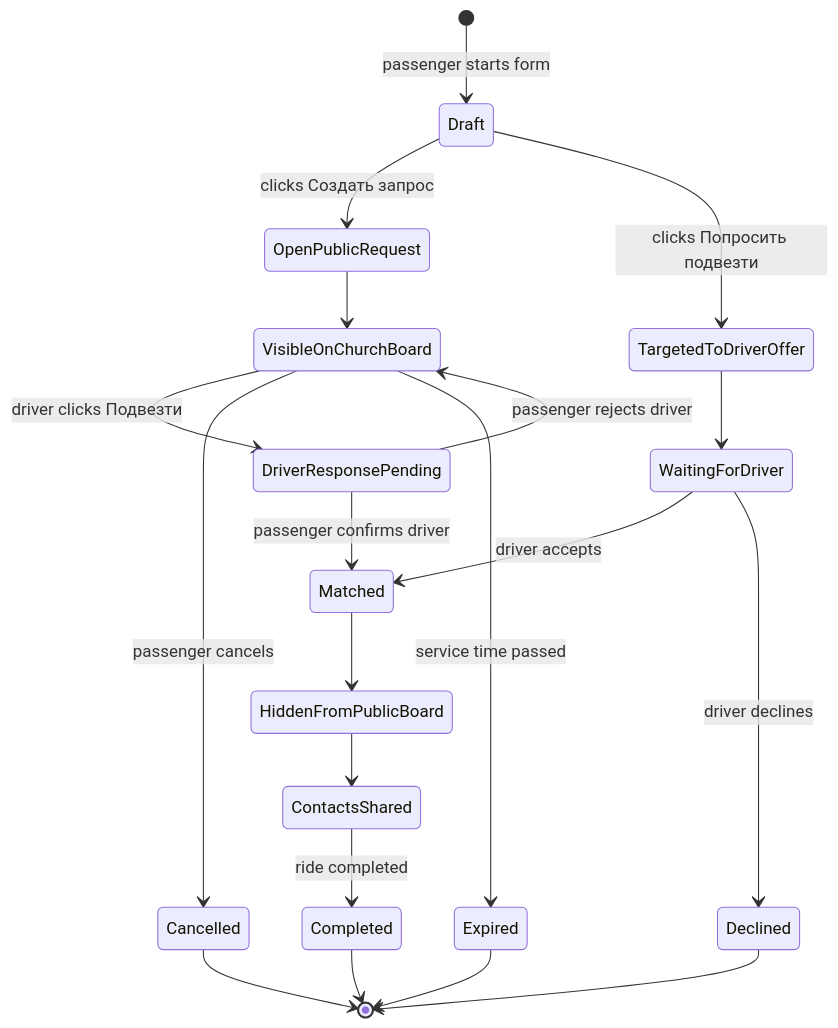
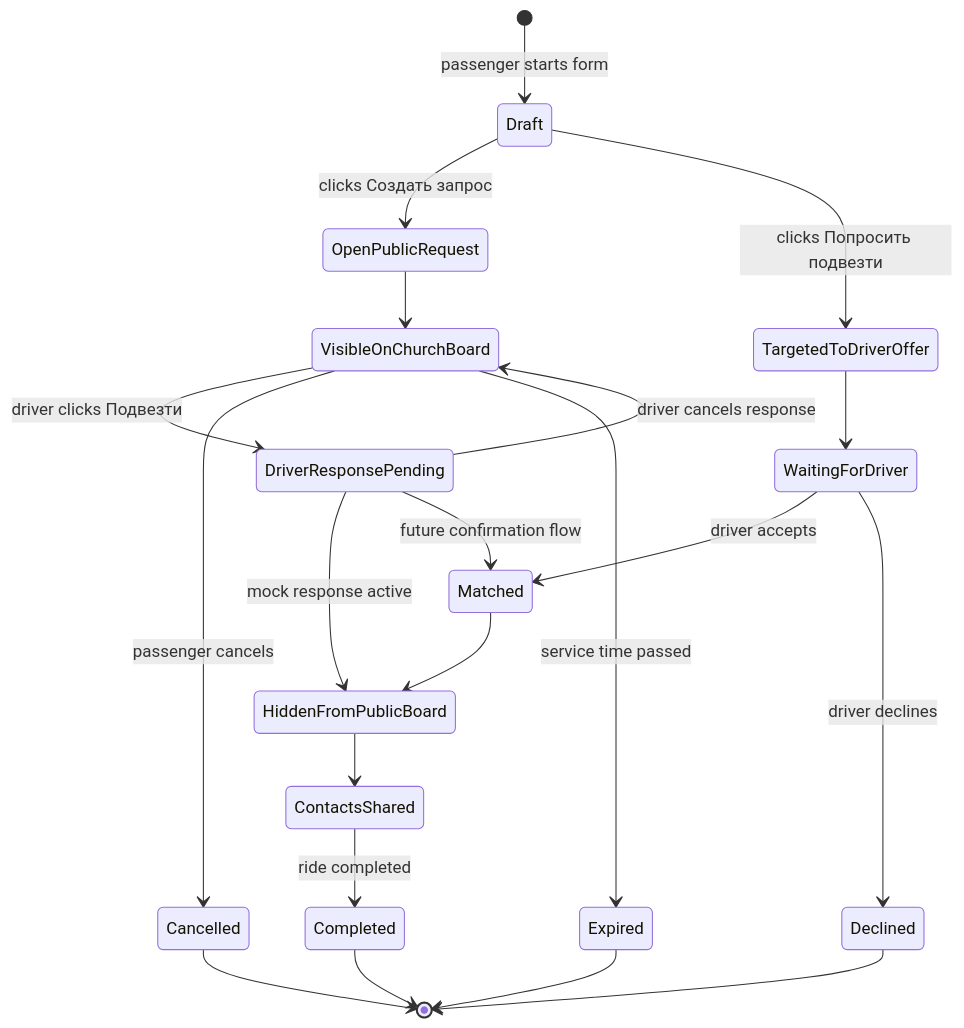
One commit to Agafanail/orthodox-routes changed the sixth of 14 diagrams in docs/PROJECT_MAP.md. Above: the diagram before and after it, drawn with Mermaid. The commit also changed other lines of this file and 13 other files, not shown here.

First line of the commit message:
Implement persistent church transport request flows

````diff
--- a/docs/PROJECT_MAP.md
+++ b/docs/PROJECT_MAP.md
@@ -324,28 +343,29 @@
 ```mermaid
 stateDiagram-v2
     [*] --> Draft: passenger starts form
 
     Draft --> OpenPublicRequest: clicks Создать запрос
     Draft --> TargetedToDriverOffer: clicks Попросить подвезти
 
     OpenPublicRequest --> VisibleOnChurchBoard
     VisibleOnChurchBoard --> DriverResponsePending: driver clicks Подвезти
-    DriverResponsePending --> Matched: passenger confirms driver
-    DriverResponsePending --> VisibleOnChurchBoard: passenger rejects driver
+    DriverResponsePending --> HiddenFromPublicBoard: mock response active
+    DriverResponsePending --> VisibleOnChurchBoard: driver cancels response
+    DriverResponsePending --> Matched: future confirmation flow
 
     TargetedToDriverOffer --> WaitingForDriver
     WaitingForDriver --> Matched: driver accepts
     WaitingForDriver --> Declined: driver declines
 
     VisibleOnChurchBoard --> Cancelled: passenger cancels
     VisibleOnChurchBoard --> Expired: service time passed
 
     Matched --> HiddenFromPublicBoard
     HiddenFromPublicBoard --> ContactsShared
     ContactsShared --> Completed: ride completed
 
     Declined --> [*]
     Cancelled --> [*]
     Expired --> [*]
     Completed --> [*]
 ```
````
